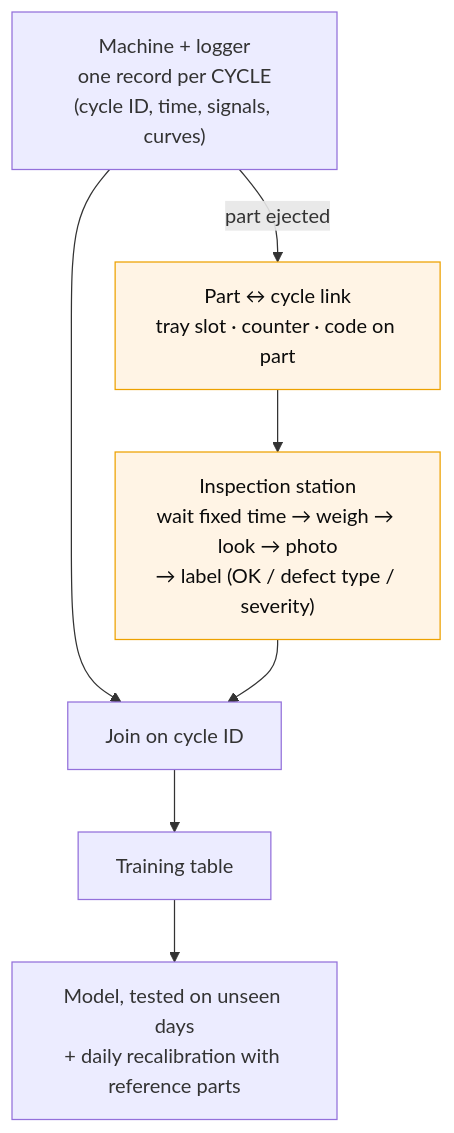
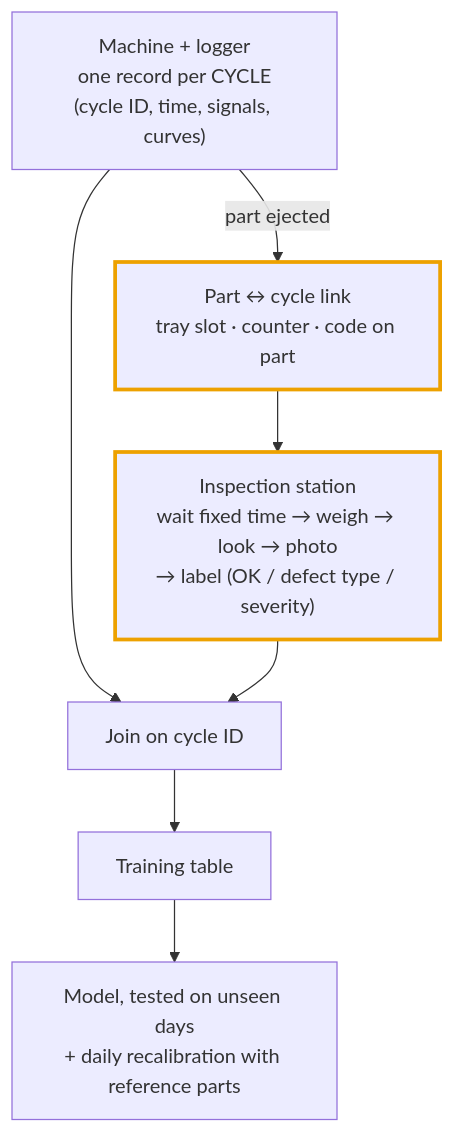
Before and after one commit to ikeremsen/injection-molding-quality-ai: the third of 3 diagrams in README.md, drawn with Mermaid. The commit also changed other lines of this file, not shown here.

Commit message:
README: mark diagram boxes with borders instead of fills (readable in light and dark mode)

````diff
--- a/README.md
+++ b/README.md
@@ -162,11 +162,11 @@
 ```mermaid
 flowchart TB
     M["Machine + logger<br/>one record per CYCLE<br/>(cycle ID, time, signals, curves)"] --> J
     M -->|part ejected| L["Part ↔ cycle link<br/>tray slot · counter · code on part"]
     L --> I["Inspection station<br/>wait fixed time → weigh → look → photo<br/>→ label (OK / defect type / severity)"]
     I --> J["Join on cycle ID"]
     J --> T["Training table"]
     T --> V["Model, tested on unseen days<br/>+ daily recalibration with reference parts"]
-    style L fill:#fff4e5,stroke:#eda100,color:#0b0b0b
-    style I fill:#fff4e5,stroke:#eda100,color:#0b0b0b
+    style L stroke:#eda100,stroke-width:3px
+    style I stroke:#eda100,stroke-width:3px
 ```
````
